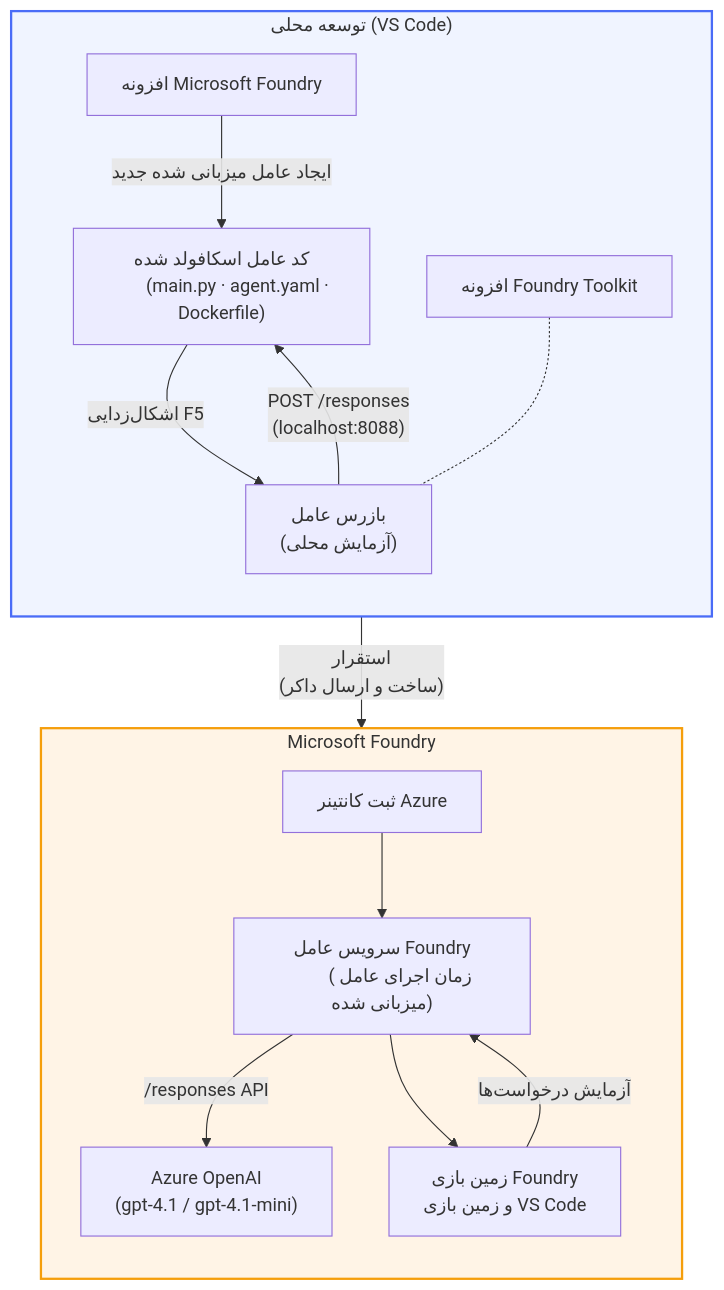
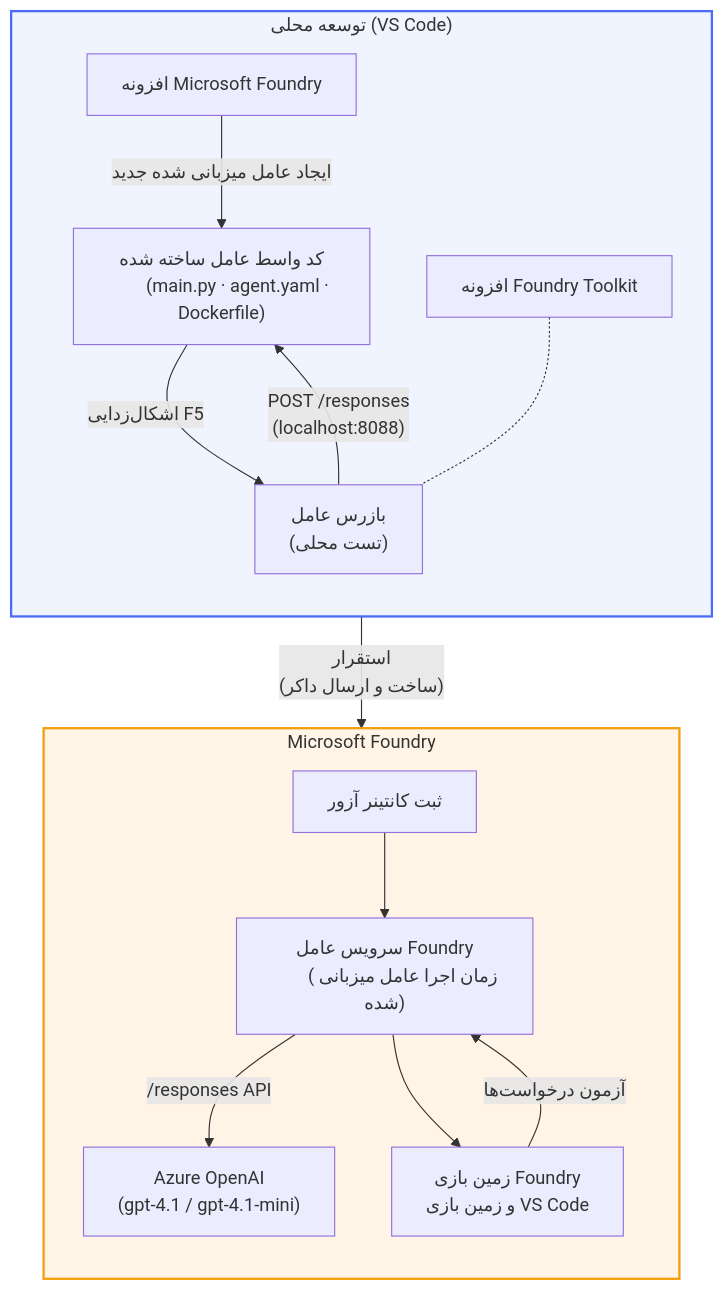
One commit to microsoft-foundry/Foundry_Toolkit_for_VSCode_Lab changed the diagram in translations/fa/README.md. Above: the diagram before and after it, drawn with Mermaid. The commit also changed other lines of this file and 110 other files, not shown here.

````diff
--- a/translations/fa/README.md
+++ b/translations/fa/README.md
@@ -48,38 +52,38 @@
 ```mermaid
 flowchart TB
     subgraph Local["توسعه محلی (VS Code)"]
         direction TB
         FE["افزونه Microsoft Foundry"]
         FoundryToolkit["افزونه Foundry Toolkit"]
-        Scaffold["کد عامل اسکافولد شده
+        Scaffold["کد واسط عامل ساخته شده
         (main.py · agent.yaml · Dockerfile)"]
         Inspector["بازرس عامل
-        (آزمایش محلی)"]
+        (تست محلی)"]
         FE -- "ایجاد عامل میزبانی شده جدید" --> Scaffold
         Scaffold -- "اشکال‌زدایی F5" --> Inspector
         FoundryToolkit -.- Inspector
     end
 
     subgraph Cloud["Microsoft Foundry"]
         direction TB
-        ACR["ثبت کانتینر Azure"]
+        ACR["ثبت کانتینر آزور"]
         AgentService["سرویس عامل Foundry
-        (زمان اجرای عامل میزبانی شده)"]
+        (زمان اجرا عامل میزبانی شده)"]
         Model["Azure OpenAI
         (gpt-4.1 / gpt-4.1-mini)"]
         Playground["زمین بازی Foundry
         و زمین بازی VS Code"]
         ACR --> AgentService
         AgentService -- "/responses API" --> Model
         AgentService --> Playground
     end
 
     Scaffold -- "استقرار
     (ساخت و ارسال داکر)" --> ACR
     Inspector -- "POST /responses
     (localhost:8088)" --> Scaffold
-    Playground -- "آزمایش درخواست‌ها" --> AgentService
+    Playground -- "آزمون درخواست‌ها" --> AgentService
 
     style Local fill:#f0f4ff,stroke:#4a6cf7,stroke-width:2px
     style Cloud fill:#fff4e6,stroke:#f59e0b,stroke-width:2px
 ```
````
